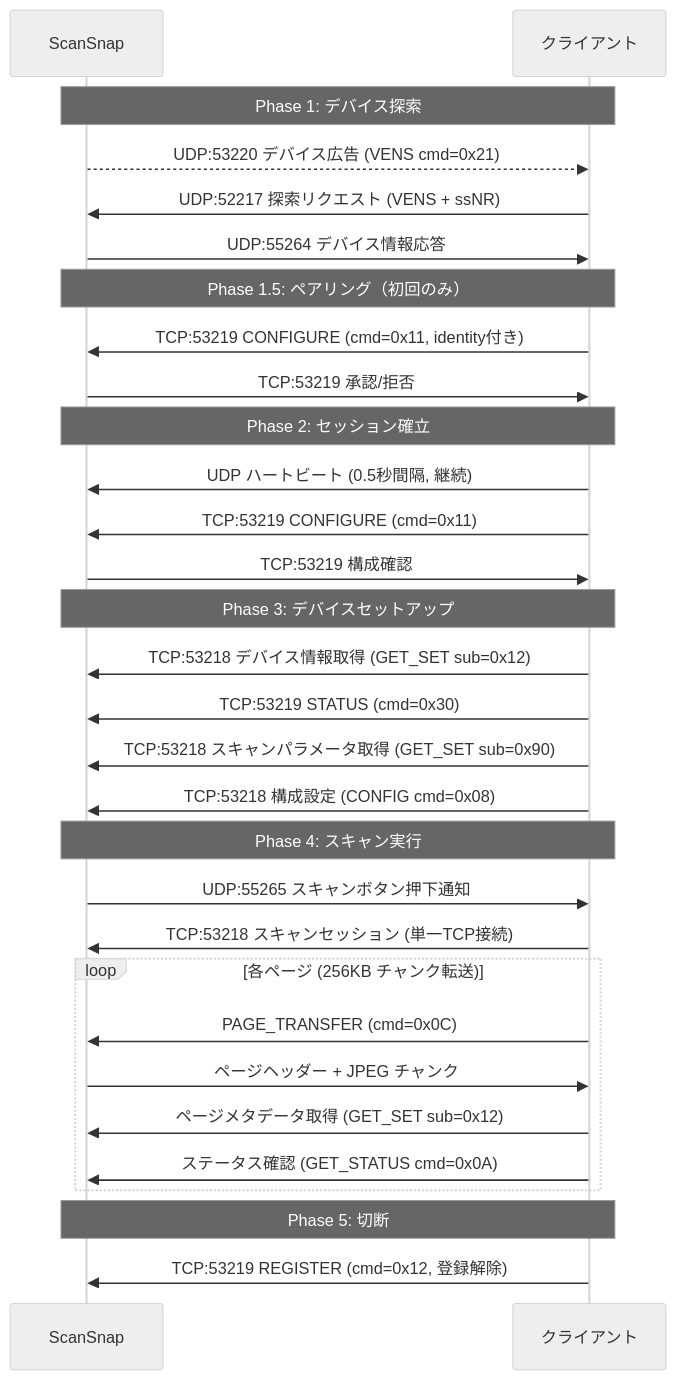
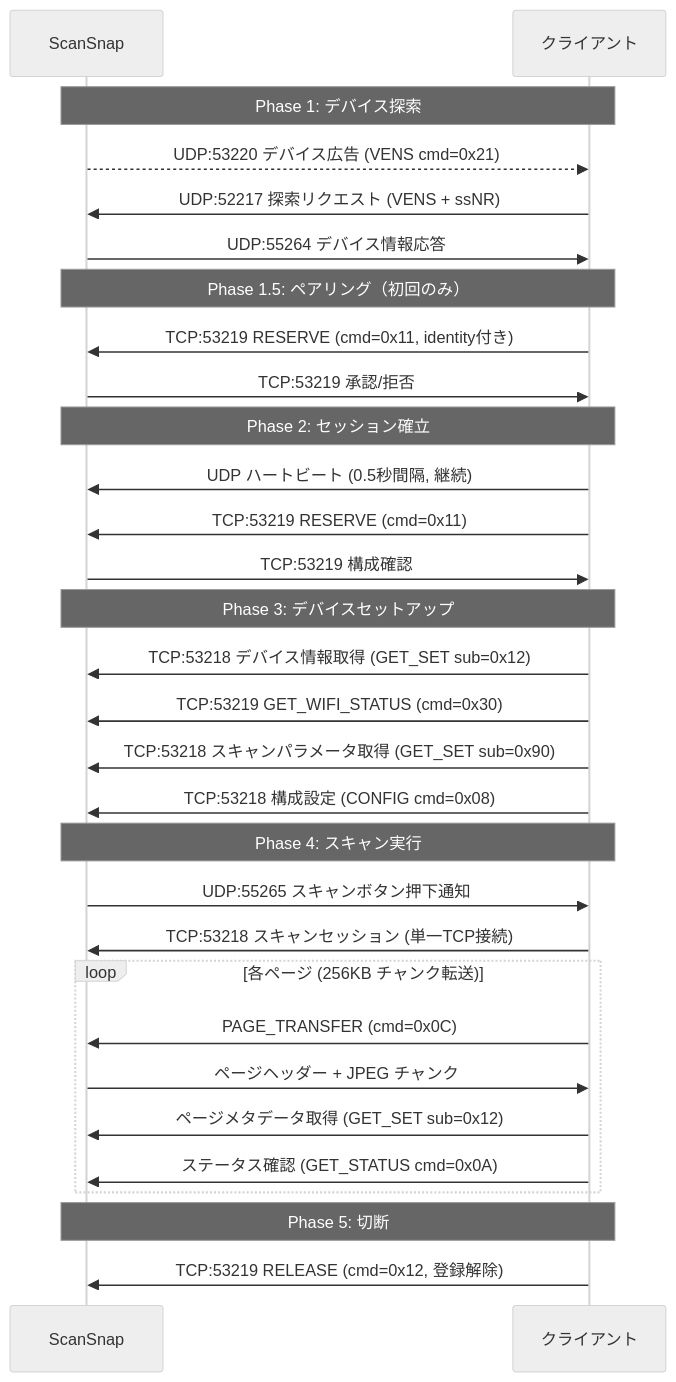
One commit to mzyy94/AirScap changed the first of 5 diagrams in protocol.md. Above: the diagram before and after it, drawn with Mermaid (neutral theme). The commit also changed other lines of this file and 7 other files, not shown here.

Commit message:
Rename control channel commands to match APK naming (RESERVE/RELEASE/GET_WIFI_STATUS)

````diff
--- a/protocol.md
+++ b/protocol.md
@@ -26,38 +26,38 @@
 ```mermaid
 sequenceDiagram
     participant S as ScanSnap
     participant C as クライアント
 
     Note over S,C: Phase 1: デバイス探索
     S-->>C: UDP:53220 デバイス広告 (VENS cmd=0x21)
     C->>S: UDP:52217 探索リクエスト (VENS + ssNR)
     S->>C: UDP:55264 デバイス情報応答
 
     Note over S,C: Phase 1.5: ペアリング（初回のみ）
-    C->>S: TCP:53219 CONFIGURE (cmd=0x11, identity付き)
+    C->>S: TCP:53219 RESERVE (cmd=0x11, identity付き)
     S->>C: TCP:53219 承認/拒否
 
     Note over S,C: Phase 2: セッション確立
     C->>S: UDP ハートビート (0.5秒間隔, 継続)
-    C->>S: TCP:53219 CONFIGURE (cmd=0x11)
+    C->>S: TCP:53219 RESERVE (cmd=0x11)
     S->>C: TCP:53219 構成確認
 
     Note over S,C: Phase 3: デバイスセットアップ
     C->>S: TCP:53218 デバイス情報取得 (GET_SET sub=0x12)
-    C->>S: TCP:53219 STATUS (cmd=0x30)
+    C->>S: TCP:53219 GET_WIFI_STATUS (cmd=0x30)
     C->>S: TCP:53218 スキャンパラメータ取得 (GET_SET sub=0x90)
     C->>S: TCP:53218 構成設定 (CONFIG cmd=0x08)
 
     Note over S,C: Phase 4: スキャン実行
     S->>C: UDP:55265 スキャンボタン押下通知
     C->>S: TCP:53218 スキャンセッション (単一TCP接続)
     loop 各ページ (256KB チャンク転送)
         C->>S: PAGE_TRANSFER (cmd=0x0C)
         S->>C: ページヘッダー + JPEG チャンク
         C->>S: ページメタデータ取得 (GET_SET sub=0x12)
         C->>S: ステータス確認 (GET_STATUS cmd=0x0A)
     end
 
     Note over S,C: Phase 5: 切断
-    C->>S: TCP:53219 REGISTER (cmd=0x12, 登録解除)
+    C->>S: TCP:53219 RELEASE (cmd=0x12, 登録解除)
 ```
````
